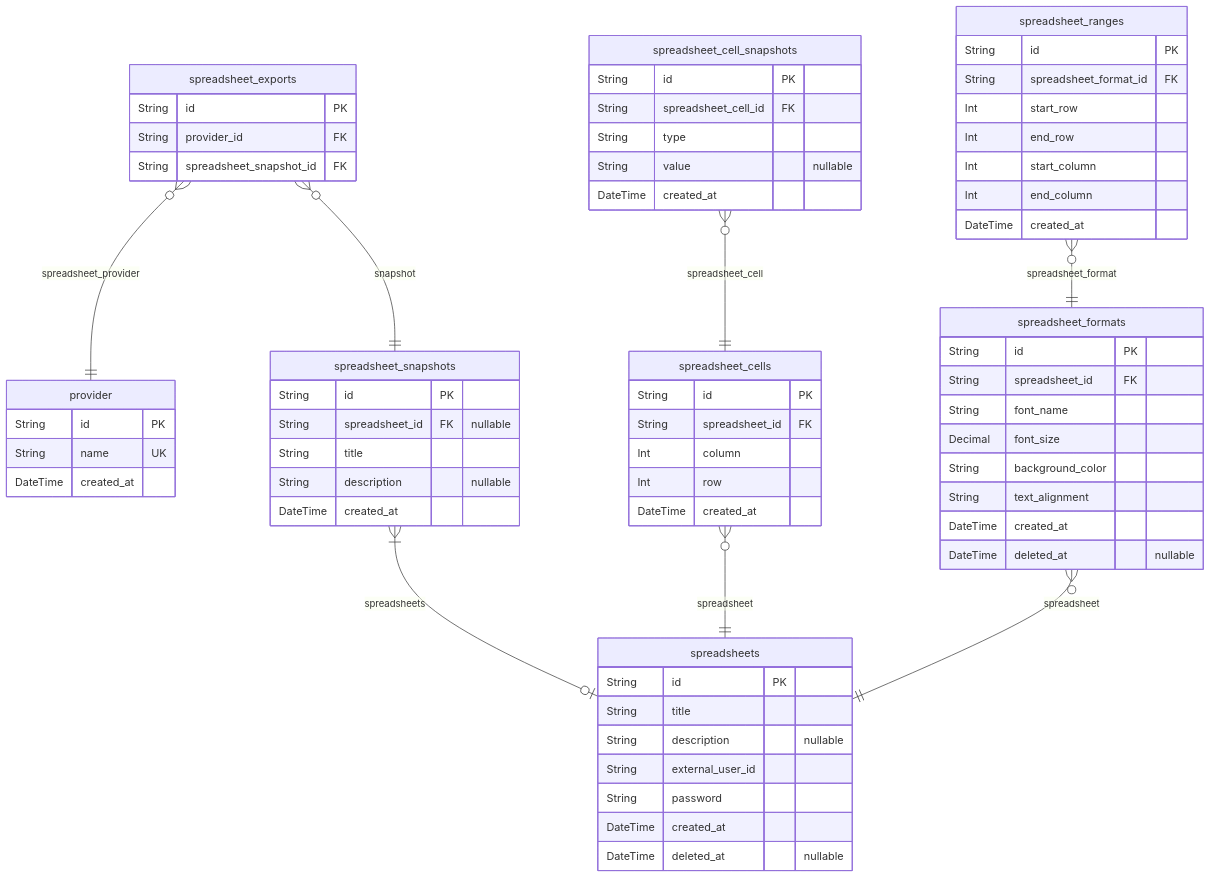
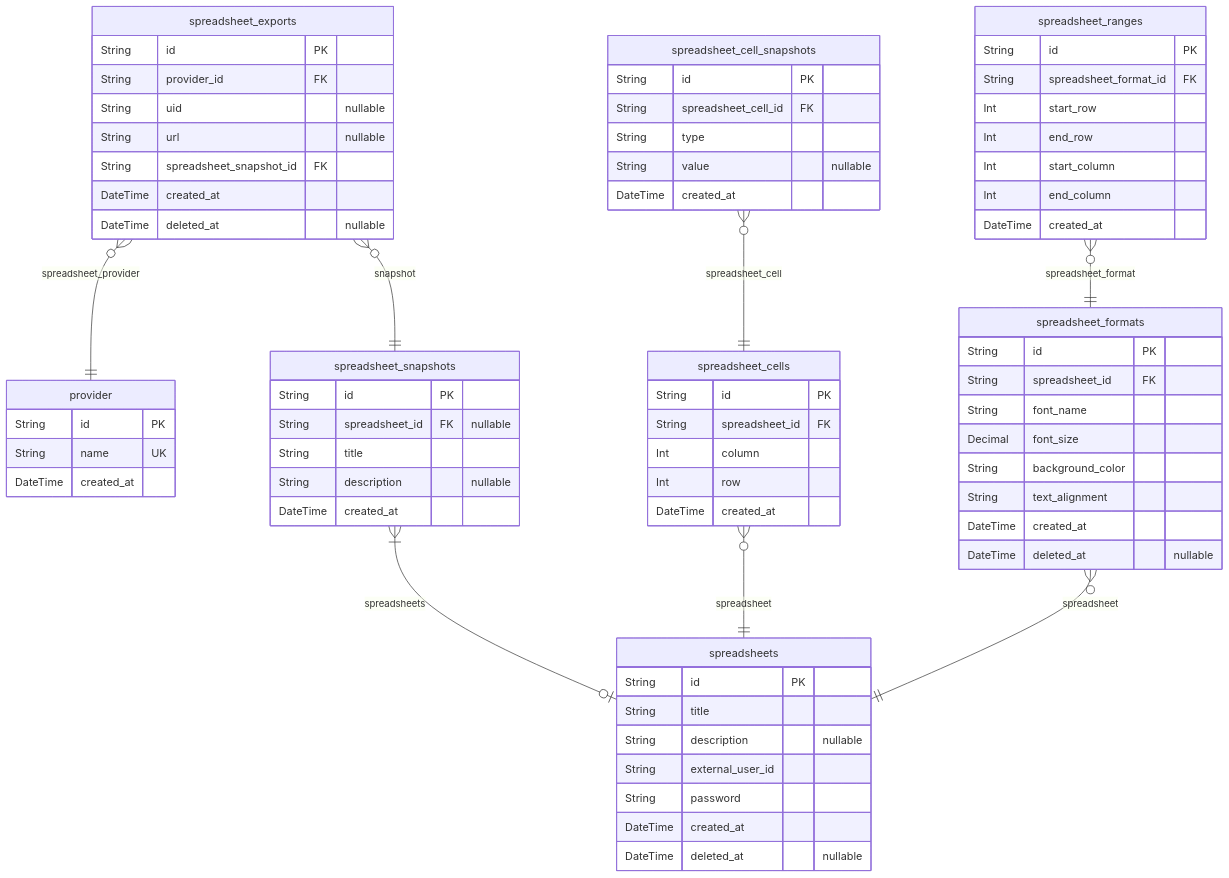
Before and after one commit to wrtnio/connectors: the sixth of 9 diagrams in docs/ERD.md, drawn with Mermaid. The commit also changed other lines of this file and 5 other files, not shown here.

Commit message:
feat: add uid, url columns and creation of at method response type

````diff
--- a/docs/ERD.md
+++ b/docs/ERD.md
@@ -393,69 +393,73 @@
 ```mermaid
 erDiagram
 "provider" {
   String id PK
   String name UK
   DateTime created_at
 }
 "spreadsheets" {
   String id PK
   String title
   String description "nullable"
   String external_user_id
   String password
   DateTime created_at
   DateTime deleted_at "nullable"
 }
 "spreadsheet_snapshots" {
   String id PK
   String spreadsheet_id FK "nullable"
   String title
   String description "nullable"
   DateTime created_at
 }
 "spreadsheet_cells" {
   String id PK
   String spreadsheet_id FK
   Int column
   Int row
   DateTime created_at
 }
 "spreadsheet_cell_snapshots" {
   String id PK
   String spreadsheet_cell_id FK
   String type
   String value "nullable"
   DateTime created_at
 }
 "spreadsheet_formats" {
   String id PK
   String spreadsheet_id FK
   String font_name
   Decimal font_size
   String background_color
   String text_alignment
   DateTime created_at
   DateTime deleted_at "nullable"
 }
 "spreadsheet_ranges" {
   String id PK
   String spreadsheet_format_id FK
   Int start_row
   Int end_row
   Int start_column
   Int end_column
   DateTime created_at
 }
 "spreadsheet_exports" {
   String id PK
   String provider_id FK
+  String uid "nullable"
+  String url "nullable"
   String spreadsheet_snapshot_id FK
+  DateTime created_at
+  DateTime deleted_at "nullable"
 }
 "spreadsheet_snapshots" }|--o| "spreadsheets" : spreadsheets
 "spreadsheet_cells" }o--|| "spreadsheets" : spreadsheet
 "spreadsheet_cell_snapshots" }o--|| "spreadsheet_cells" : spreadsheet_cell
 "spreadsheet_formats" }o--|| "spreadsheets" : spreadsheet
 "spreadsheet_ranges" }o--|| "spreadsheet_formats" : spreadsheet_format
 "spreadsheet_exports" }o--|| "spreadsheet_snapshots" : snapshot
 "spreadsheet_exports" }o--|| "provider" : spreadsheet_provider
 ```
````
